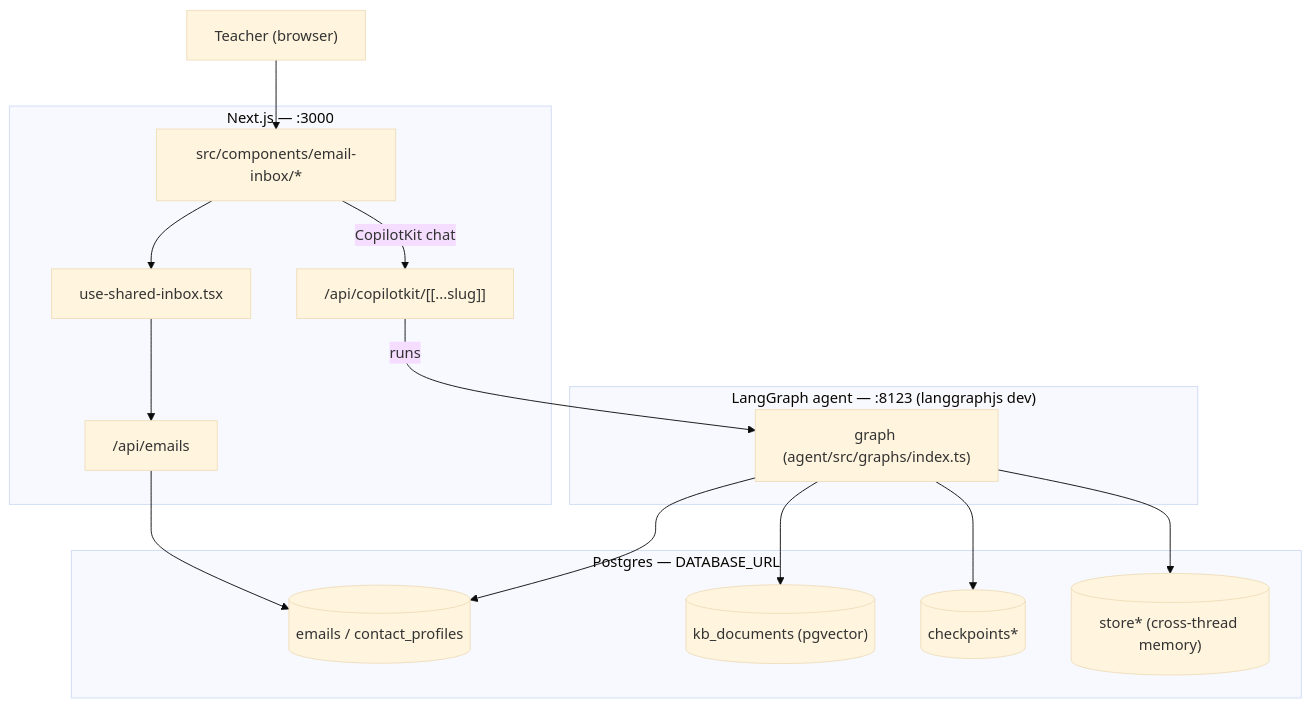
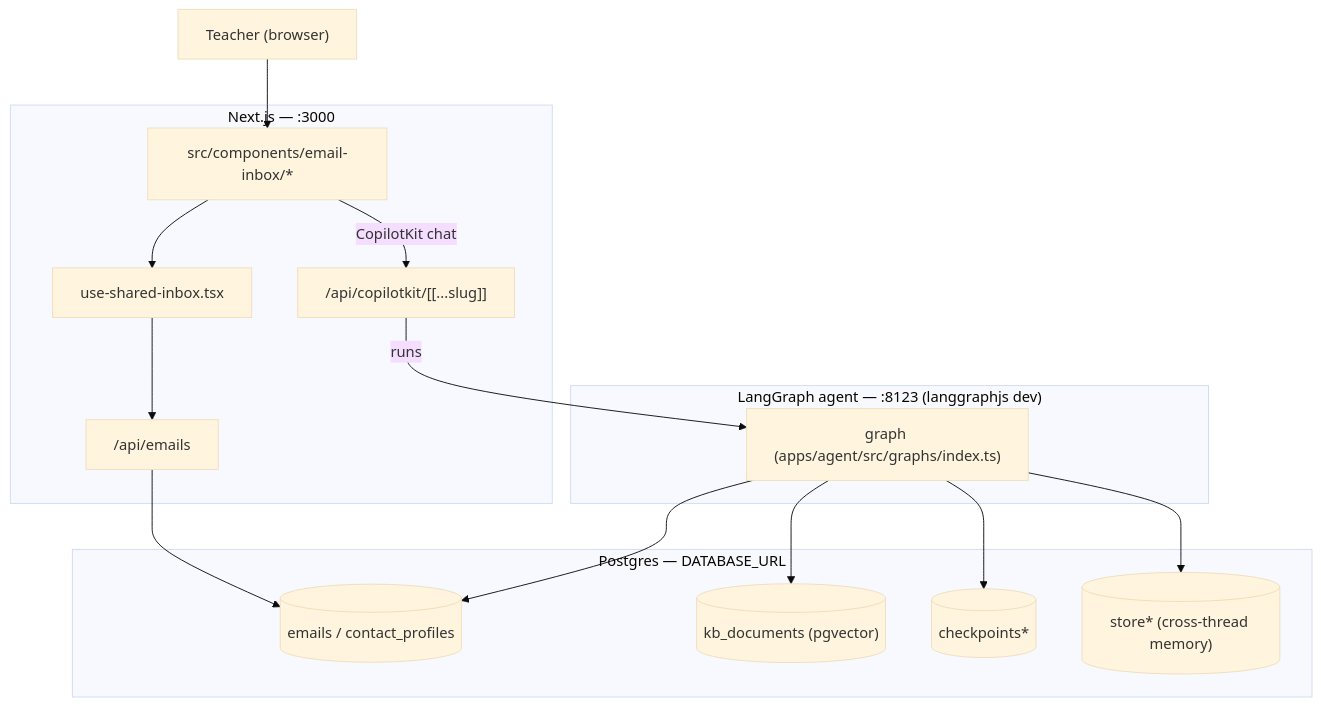
The first of 5 diagrams in practice-new-version/docs/ARCHITECTURE.md (myle-agilityio/langchain-training), drawn with Mermaid (base theme) before and after one commit. The commit also changed other lines of this file and 142 other files, not shown here.

````diff
--- a/practice-new-version/docs/ARCHITECTURE.md
+++ b/practice-new-version/docs/ARCHITECTURE.md
@@ -8,34 +8,34 @@
 ```mermaid
 graph TD
     User["Teacher (browser)"]
 
     subgraph Frontend["Next.js — :3000"]
         UI["src/components/email-inbox/*"]
         Hook["use-shared-inbox.tsx"]
         EmailsAPI["/api/emails"]
         CopilotRoute["/api/copilotkit/[[...slug]]"]
     end
 
     subgraph AgentServer["LangGraph agent — :8123 (langgraphjs dev)"]
-        Graph["graph (agent/src/graphs/index.ts)"]
+        Graph["graph (apps/agent/src/graphs/index.ts)"]
     end
 
     subgraph Postgres["Postgres — DATABASE_URL"]
         EmailsTbl[("emails / contact_profiles")]
         KB[("kb_documents (pgvector)")]
         Checkpoints[("checkpoints*")]
         Store[("store* (cross-thread memory)")]
     end
 
     User --> UI
     UI --> Hook
     Hook --> EmailsAPI
     EmailsAPI --> EmailsTbl
     UI -- "CopilotKit chat" --> CopilotRoute
     CopilotRoute -- "runs" --> Graph
 
     Graph --> EmailsTbl
     Graph --> KB
     Graph --> Checkpoints
     Graph --> Store
 ```
````
